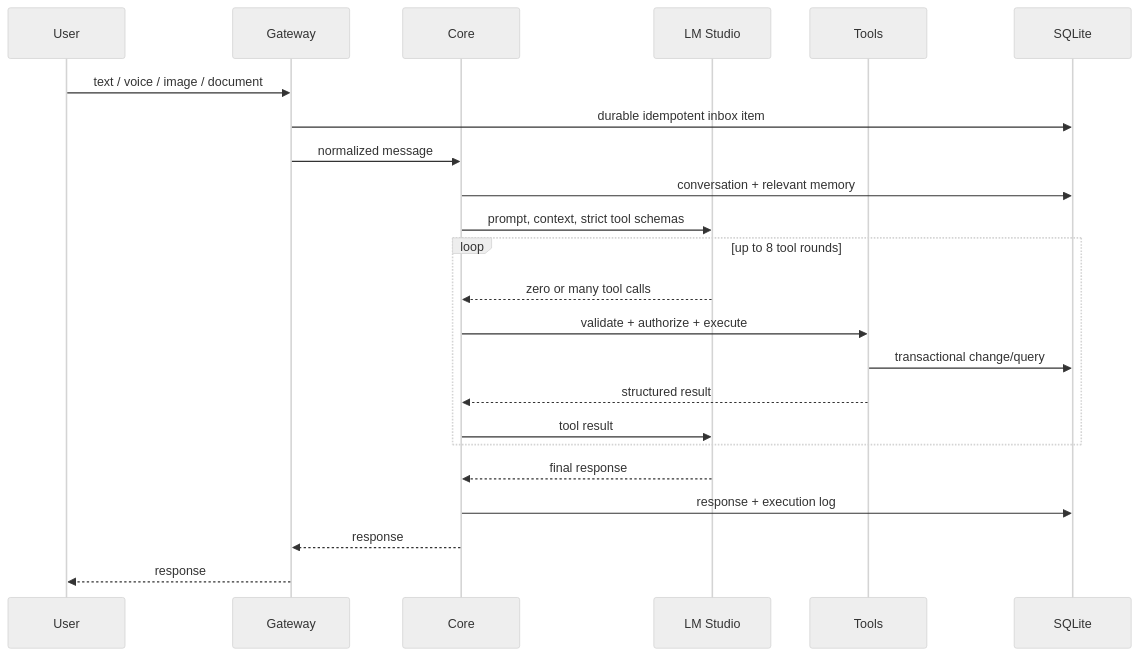
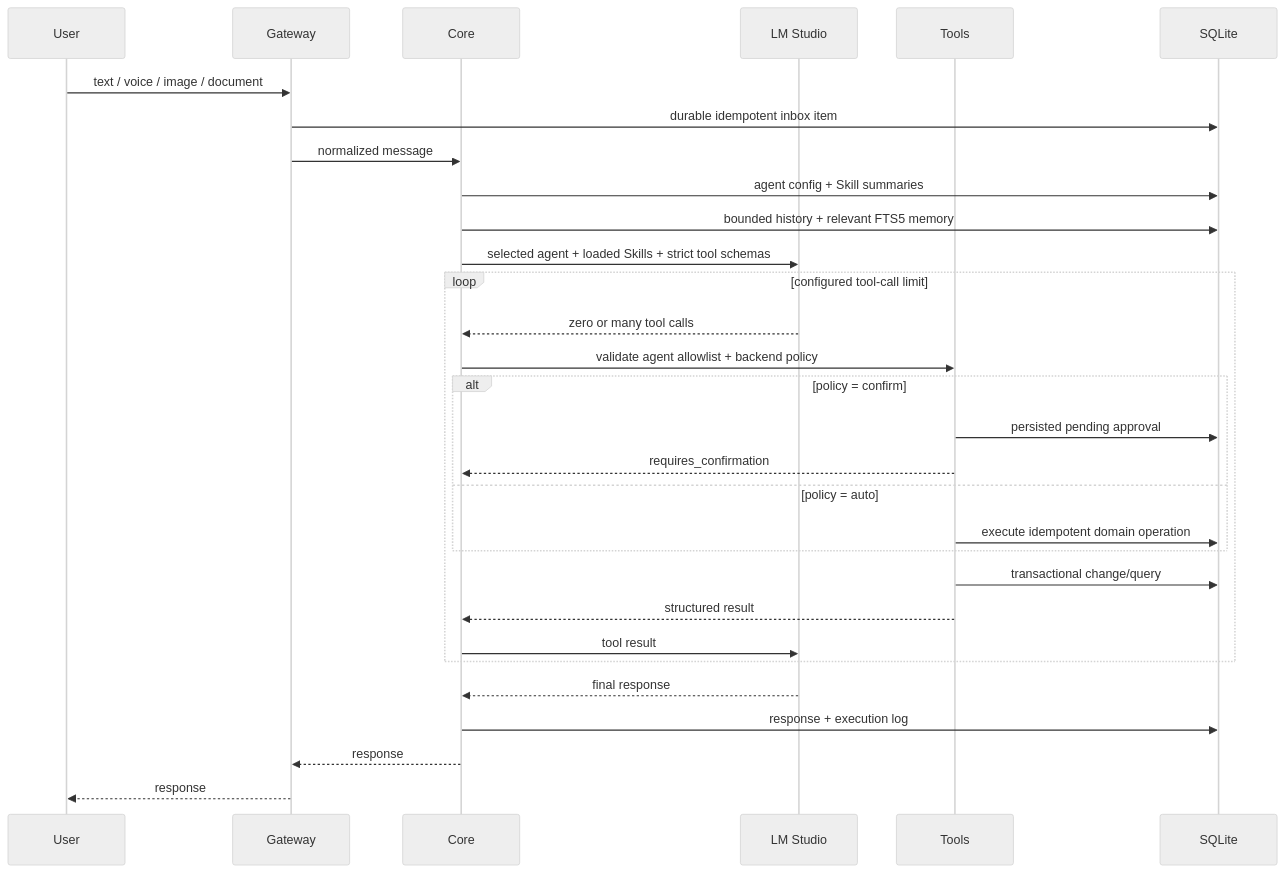
The second of 2 diagrams in docs/architecture.md (markKikhtenko/second-mind), drawn with Mermaid (neutral theme) before and after one commit. The commit also changed other lines of this file and 62 other files, not shown here.

Commit message:
feat: release v0.4.0 agent engine and skills

````diff
--- a/docs/architecture.md
+++ b/docs/architecture.md
@@ -41,25 +46,32 @@
 ```mermaid
 sequenceDiagram
   participant User
   participant Gateway
   participant Core
   participant LLM as LM Studio
   participant Tools
   participant DB as SQLite
   User->>Gateway: text / voice / image / document
   Gateway->>DB: durable idempotent inbox item
   Gateway->>Core: normalized message
-  Core->>DB: conversation + relevant memory
-  Core->>LLM: prompt, context, strict tool schemas
-  loop up to 8 tool rounds
+  Core->>DB: agent config + Skill summaries
+  Core->>DB: bounded history + relevant FTS5 memory
+  Core->>LLM: selected agent + loaded Skills + strict tool schemas
+  loop configured tool-call limit
     LLM-->>Core: zero or many tool calls
-    Core->>Tools: validate + authorize + execute
+    Core->>Tools: validate agent allowlist + backend policy
+    alt policy = confirm
+      Tools->>DB: persisted pending approval
+      Tools-->>Core: requires_confirmation
+    else policy = auto
+      Tools->>DB: execute idempotent domain operation
+    end
     Tools->>DB: transactional change/query
     Tools-->>Core: structured result
     Core->>LLM: tool result
   end
   LLM-->>Core: final response
   Core->>DB: response + execution log
   Core-->>Gateway: response
   Gateway-->>User: response
 ```
````
